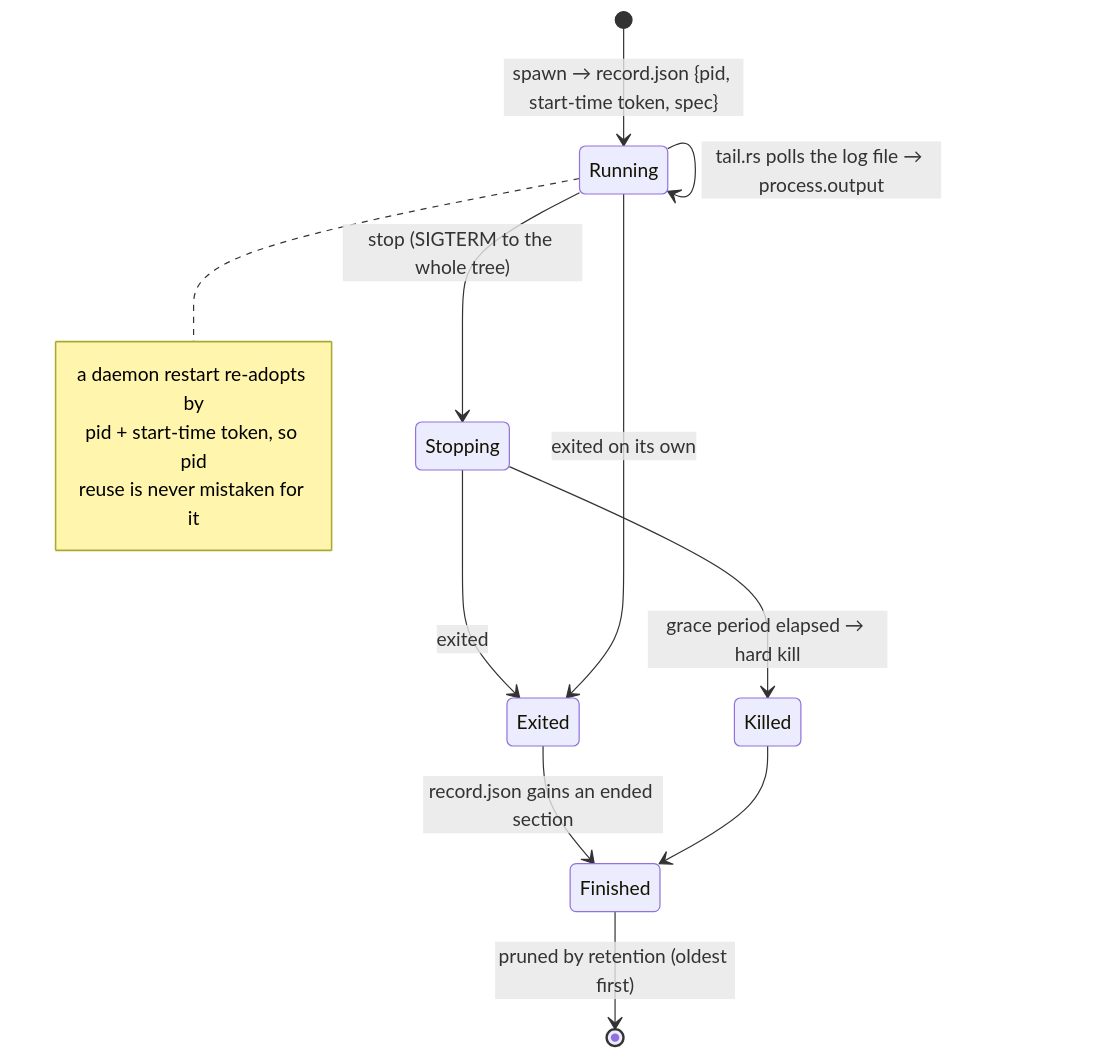
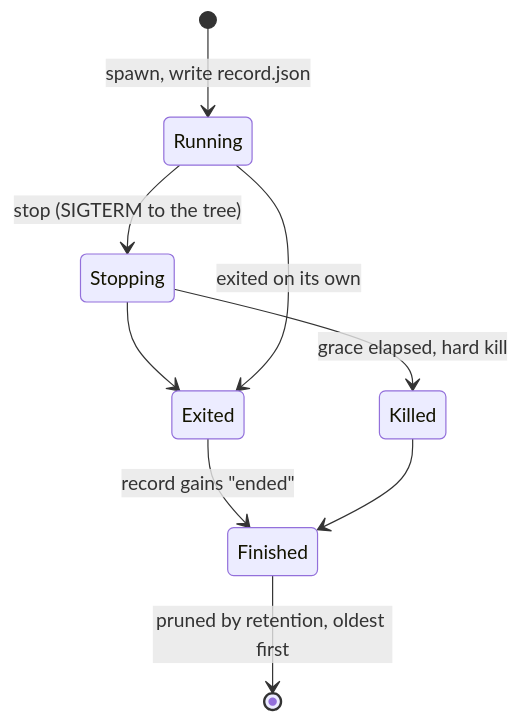
Before and after one commit to prytaneum/hestia: the second of 3 diagrams in docs/architecture/engine.md, drawn with Mermaid. The commit also changed other lines of this file and 11 other files, not shown here.

Commit message:
docs(architecture): describe the current system only

````diff
--- a/docs/architecture/engine.md
+++ b/docs/architecture/engine.md
@@ -264,18 +132,11 @@
 ```mermaid
 stateDiagram-v2
-    [*] --> Running: spawn → record.json {pid, start-time token, spec}
-    Running --> Running: tail.rs polls the log file → process.output
-    Running --> Stopping: stop (SIGTERM to the whole tree)
-    Stopping --> Exited: exited
-    Stopping --> Killed: grace period elapsed → hard kill
+    [*] --> Running: spawn, write record.json
+    Running --> Stopping: stop (SIGTERM to the tree)
+    Stopping --> Exited
+    Stopping --> Killed: grace elapsed, hard kill
     Running --> Exited: exited on its own
-    Exited --> Finished: record.json gains an ended section
+    Exited --> Finished: record gains "ended"
     Killed --> Finished
-    Finished --> [*]: pruned by retention (oldest first)
-
-    note right of Running
-        a daemon restart re-adopts by
-        pid + start-time token, so pid
-        reuse is never mistaken for it
-    end note
+    Finished --> [*]: pruned by retention, oldest first
 ```
````
